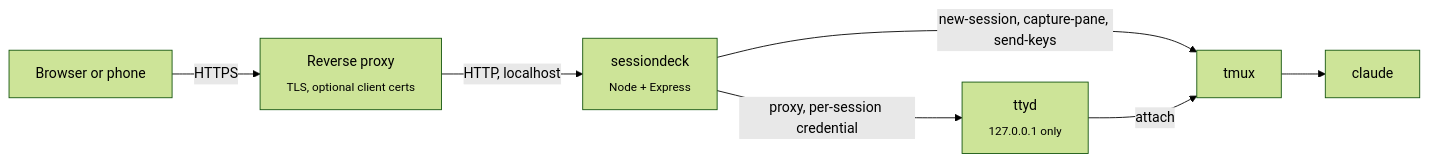
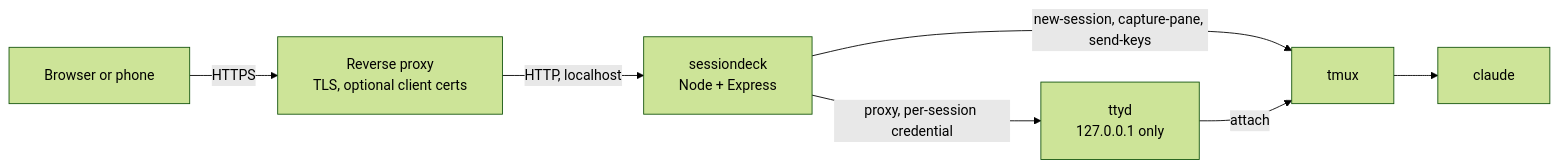
Before and after one commit to crizex/sessiondeck: the diagram in README.md, drawn with Mermaid (forest theme). The commit also changed 3 other files, not shown here.

Commit message:
sessiondeck 1.0.2: readable diagram on GitHub

````diff
--- a/README.md
+++ b/README.md
@@ -59,9 +59,10 @@
 ```mermaid
+%%{init: {"flowchart": {"padding": 20}}}%%
 flowchart LR
-    B[Browser or phone] -- HTTPS --> P[Reverse proxy<br><sub>TLS, optional client certs</sub>]
-    P -- HTTP, localhost --> S[sessiondeck<br><sub>Node + Express</sub>]
+    B[Browser or phone] -- HTTPS --> P["Reverse proxy<br>TLS, optional client certs"]
+    P -- HTTP, localhost --> S["sessiondeck<br>Node + Express"]
     S -- "new-session, capture-pane, send-keys" --> T[tmux]
-    S -- proxy, per-session credential --> Y[ttyd<br><sub>127.0.0.1 only</sub>]
+    S -- proxy, per-session credential --> Y["ttyd<br>127.0.0.1 only"]
     Y -- attach --> T
     T --> C[claude]
 ```
````
